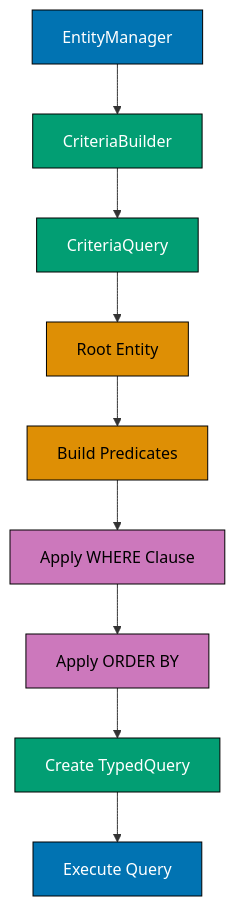
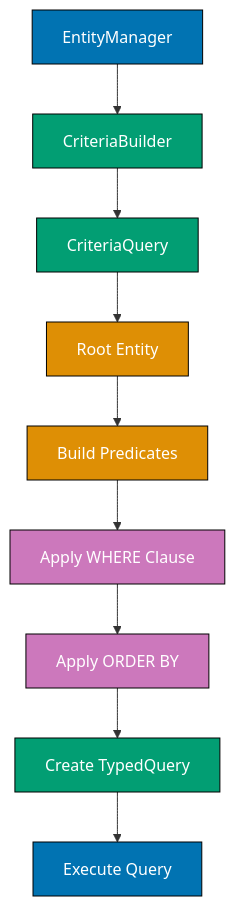
Before and after one commit to wahidyankf/open-sharia-enterprise: the third of 10 diagrams in apps/ayokoding-web/content/en/learn/software-engineering/data/tools/spring-data-jpa/by-example/advanced.md, drawn with Mermaid. The commit also changed other lines of this file and 61 other files, not shown here.

First line of the commit message:
fix(ayokoding-web): quote Mermaid node labels with special characters in Example 63

````diff
--- a/apps/ayokoding-web/content/en/learn/software-engineering/data/tools/spring-data-jpa/by-example/advanced.md
+++ b/apps/ayokoding-web/content/en/learn/software-engineering/data/tools/spring-data-jpa/by-example/advanced.md
@@ -974,22 +974,22 @@
 ```mermaid
 %% Criteria API query building flow
 graph TD
     A[EntityManager] --> B[CriteriaBuilder]
     B --> C[CriteriaQuery]
     C --> D[Root Entity]
     D --> E[Build Predicates]
     E --> F[Apply WHERE Clause]
     F --> G[Apply ORDER BY]
     G --> H[Create TypedQuery]
     H --> I[Execute Query]
 
     style A fill:#0173B2,stroke:#000,color:#fff
     style B fill:#029E73,stroke:#000,color:#fff
     style C fill:#029E73,stroke:#000,color:#fff
-    style D fill:#DE8F05,stroke:#000,color:#000
-    style E fill:#DE8F05,stroke:#000,color:#000
-    style F fill:#CC78BC,stroke:#000,color:#000
-    style G fill:#CC78BC,stroke:#000,color:#000
+    style D fill:#DE8F05,stroke:#000,color:#fff
+    style E fill:#DE8F05,stroke:#000,color:#fff
+    style F fill:#CC78BC,stroke:#000,color:#fff
+    style G fill:#CC78BC,stroke:#000,color:#fff
     style H fill:#029E73,stroke:#000,color:#fff
     style I fill:#0173B2,stroke:#000,color:#fff
 ```
````
